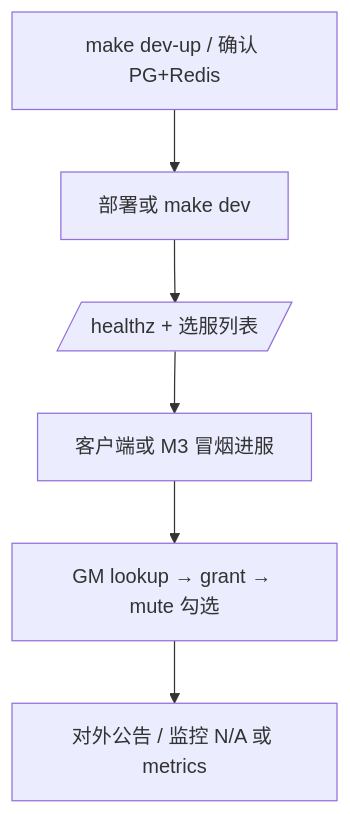
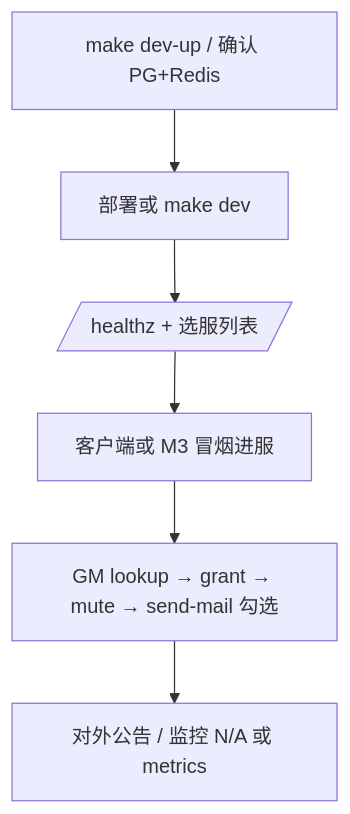
The diagram in docs/ops/open-server-runbook.md (anitaguptaoffice/sanguo-slg), drawn with Mermaid before and after one commit. The commit also changed other lines of this file and 1 other file, not shown here.

First line of the commit message:
GM-003: runbook send-mail 与 GM 验收清单收口

````diff
--- a/docs/ops/open-server-runbook.md
+++ b/docs/ops/open-server-runbook.md
@@ -234,8 +305,8 @@
 ```mermaid
 flowchart TD
   A[make dev-up / 确认 PG+Redis] --> B[部署或 make dev]
   B --> C[/healthz + 选服列表/]
   C --> D[客户端或 M3 冒烟进服]
-  D --> E[GM lookup → grant → mute 勾选]
+  D --> E[GM lookup → grant → mute → send-mail 勾选]
   E --> F[对外公告 / 监控 N/A 或 metrics]
 ```
````
